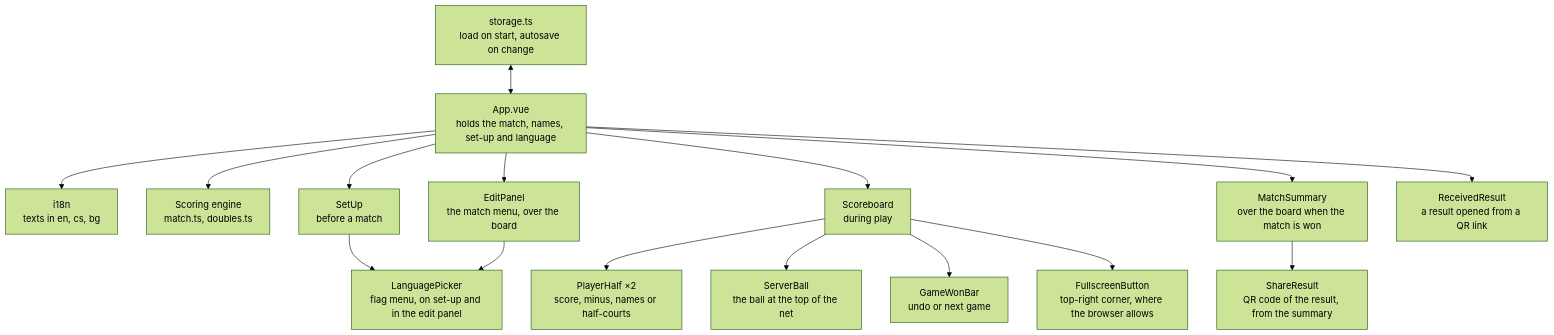
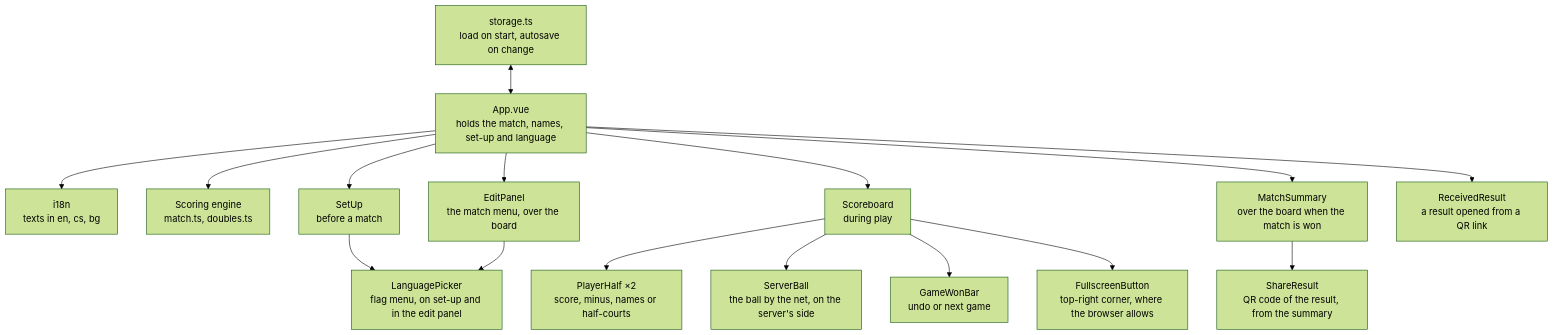
Before and after one commit to mayamalakova/score-counter: the second of 2 diagrams in docs/architecture.md, drawn with Mermaid (forest theme). The commit also changed other lines of this file and 4 other files, not shown here.

First line of the commit message:
Put the doubles ball back in the server's half-court

````diff
--- a/docs/architecture.md
+++ b/docs/architecture.md
@@ -97,36 +97,36 @@
 ```mermaid
 flowchart TD
     storage["storage.ts<br/>load on start, autosave on change"]
     app["App.vue<br/>holds the match, names, set-up and language"]
     i18n["i18n<br/>texts in en, cs, bg"]
     engine["Scoring engine<br/>match.ts, doubles.ts"]
 
     setup["SetUp<br/>before a match"]
     board["Scoreboard<br/>during play"]
     summary["MatchSummary<br/>over the board when the match is won"]
     edit["EditPanel<br/>the match menu, over the board"]
     share["ShareResult<br/>QR code of the result, from the summary"]
     received["ReceivedResult<br/>a result opened from a QR link"]
 
     half["PlayerHalf ×2<br/>score, minus, names or half-courts"]
-    ball["ServerBall<br/>the ball at the top of the net"]
+    ball["ServerBall<br/>the ball by the net, on the server's side"]
     bar["GameWonBar<br/>undo or next game"]
     full["FullscreenButton<br/>top-right corner, where the browser allows"]
     picker["LanguagePicker<br/>flag menu, on set-up and in the edit panel"]
 
     storage <--> app
     app --> i18n
     app --> engine
     app --> setup
     app --> board
     app --> summary
     app --> edit
     app --> received
     summary --> share
     board --> half
     board --> ball
     board --> bar
     board --> full
     setup --> picker
     edit --> picker
 ```
````
